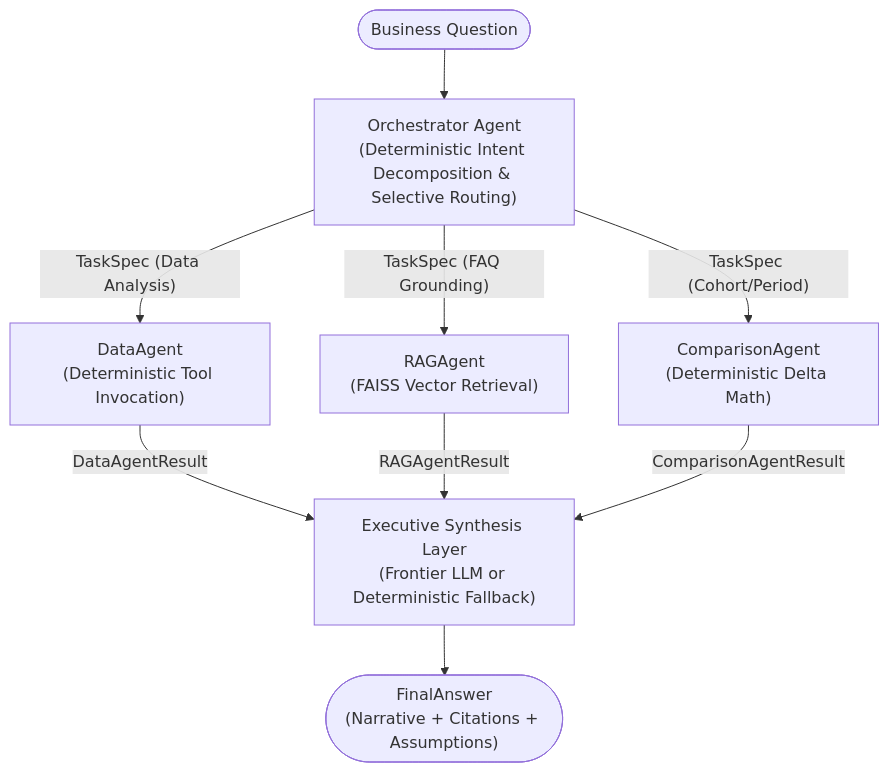
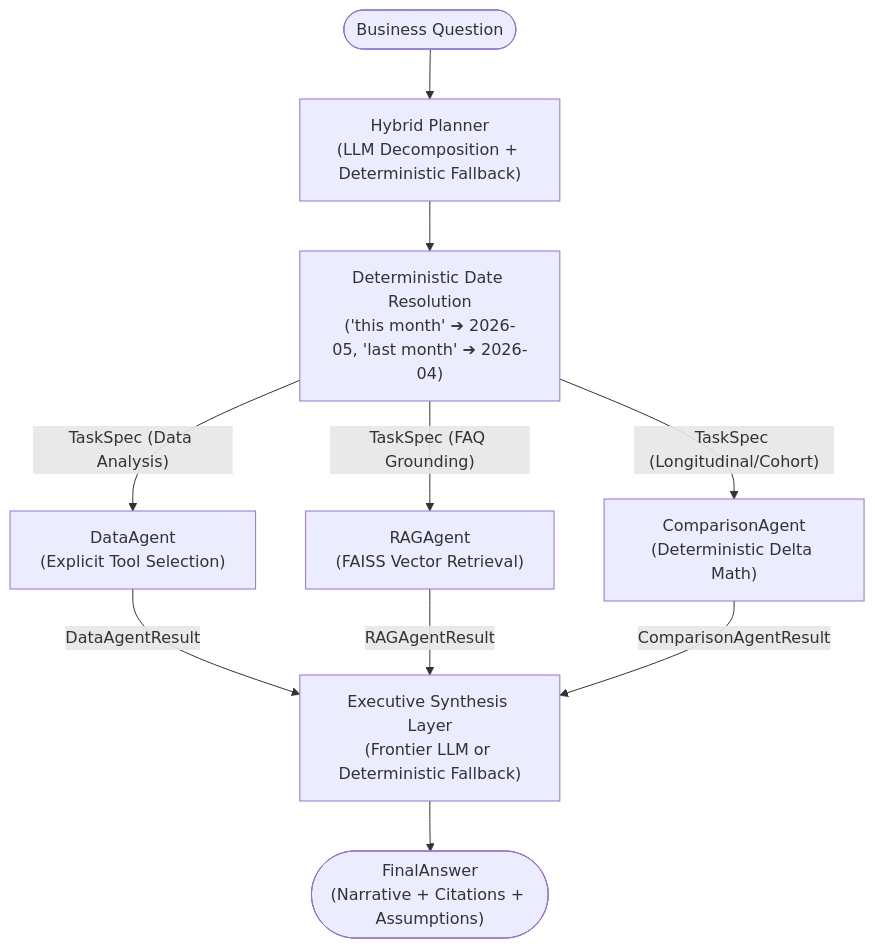
The diagram in README.md (jahnvik16/MiniSense), drawn with Mermaid before and after one commit. The commit also changed other lines of this file and 21 other files, not shown here.

Commit message:
feat(agentic-planner): implement hybrid LLM planner, Appendix A schema, dynamic classification, and empirical benchmarks

````diff
--- a/README.md
+++ b/README.md
@@ -21,14 +25,16 @@
 ```mermaid
 flowchart TD
-    UserQuery(["Business Question"]) --> Orchestrator["Orchestrator Agent<br/>(Deterministic Intent Decomposition & Selective Routing)"]
+    UserQuery(["Business Question"]) --> HybridPlanner["Hybrid Planner<br/>(LLM Decomposition + Deterministic Fallback)"]
     
-    Orchestrator -->|"TaskSpec (Data Analysis)"| DataAgent["DataAgent<br/>(Deterministic Tool Invocation)"]
-    Orchestrator -->|"TaskSpec (FAQ Grounding)"| RAGAgent["RAGAgent<br/>(FAISS Vector Retrieval)"]
-    Orchestrator -->|"TaskSpec (Cohort/Period)"| ComparisonAgent["ComparisonAgent<br/>(Deterministic Delta Math)"]
+    HybridPlanner --> DateResolver["Deterministic Date Resolution<br/>('this month' ➔ 2026-05, 'last month' ➔ 2026-04)"]
     
-    DataAgent -->|"DataAgentResult"| Synthesis["Executive Synthesis Layer<br/>(Frontier LLM or Deterministic Fallback)"]
-    RAGAgent -->|"RAGAgentResult"| Synthesis
-    ComparisonAgent -->|"ComparisonAgentResult"| Synthesis
+    DateResolver -->|"TaskSpec (Data Analysis)"| DataAgent["DataAgent<br/>(Explicit Tool Selection)"]
+    DateResolver -->|"TaskSpec (FAQ Grounding)"| RAGAgent["RAGAgent<br/>(FAISS Vector Retrieval)"]
+    DateResolver -->|"TaskSpec (Longitudinal/Cohort)"| ComparisonAgent["ComparisonAgent<br/>(Deterministic Delta Math)"]
     
-    Synthesis --> FinalOutput(["FinalAnswer<br/>(Narrative + Citations + Assumptions)"])
+    DataAgent -->|"DataAgentResult"| Synthesizer["Executive Synthesis Layer<br/>(Frontier LLM or Deterministic Fallback)"]
+    RAGAgent -->|"RAGAgentResult"| Synthesizer
+    ComparisonAgent -->|"ComparisonAgentResult"| Synthesizer
+    
+    Synthesizer --> FinalOutput(["FinalAnswer<br/>(Narrative + Citations + Assumptions)"])
 ```
````
